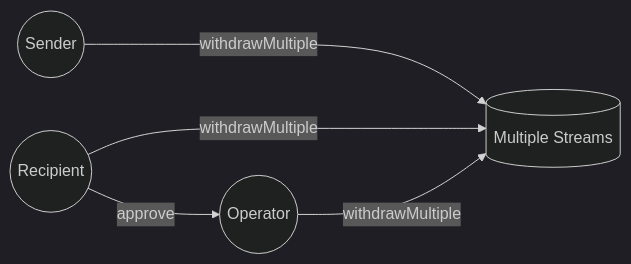
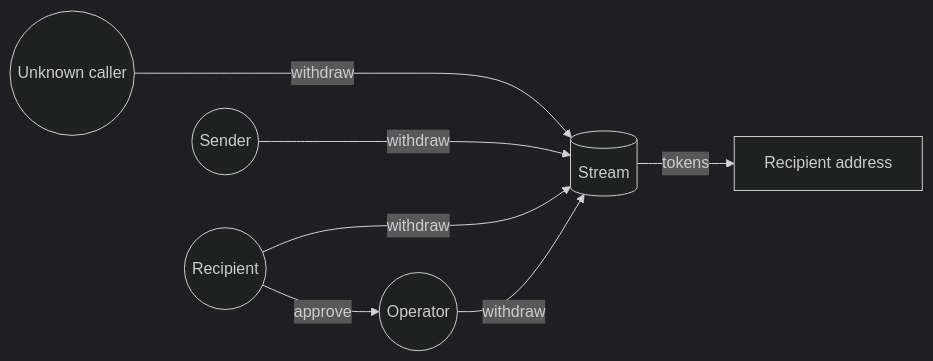
Before and after one commit to sablier-labs/docs: the eighth of 8 diagrams in docs/contracts/v2/reference/05-access-control.md, drawn with Mermaid (dark theme). The commit also changed other lines of this file and 154 other files, not shown here.

````diff
--- a/docs/contracts/v2/reference/05-access-control.md
+++ b/docs/contracts/v2/reference/05-access-control.md
@@ -127,12 +144,16 @@
 ```mermaid
 flowchart LR;
-    sender((Sender));
+    unknown((Unknown caller));
     recipient((Recipient));
     operator((Operator));
-    streams[(Multiple Streams)];
+    sender((Sender));
+    stream[(Stream)];
+    toAddress[Recipient address];
 
-    sender -- withdrawMultiple --->streams;
-    recipient -- withdrawMultiple --->streams
+    unknown -- withdraw ----> stream;
+    sender -- withdraw --->stream;
+    recipient -- withdraw -->stream;
     recipient -- approve -->operator;
-    operator -- withdrawMultiple -->streams;
+    operator -- withdraw -->stream;
+    stream -- tokens --> toAddress;
 ```
````
